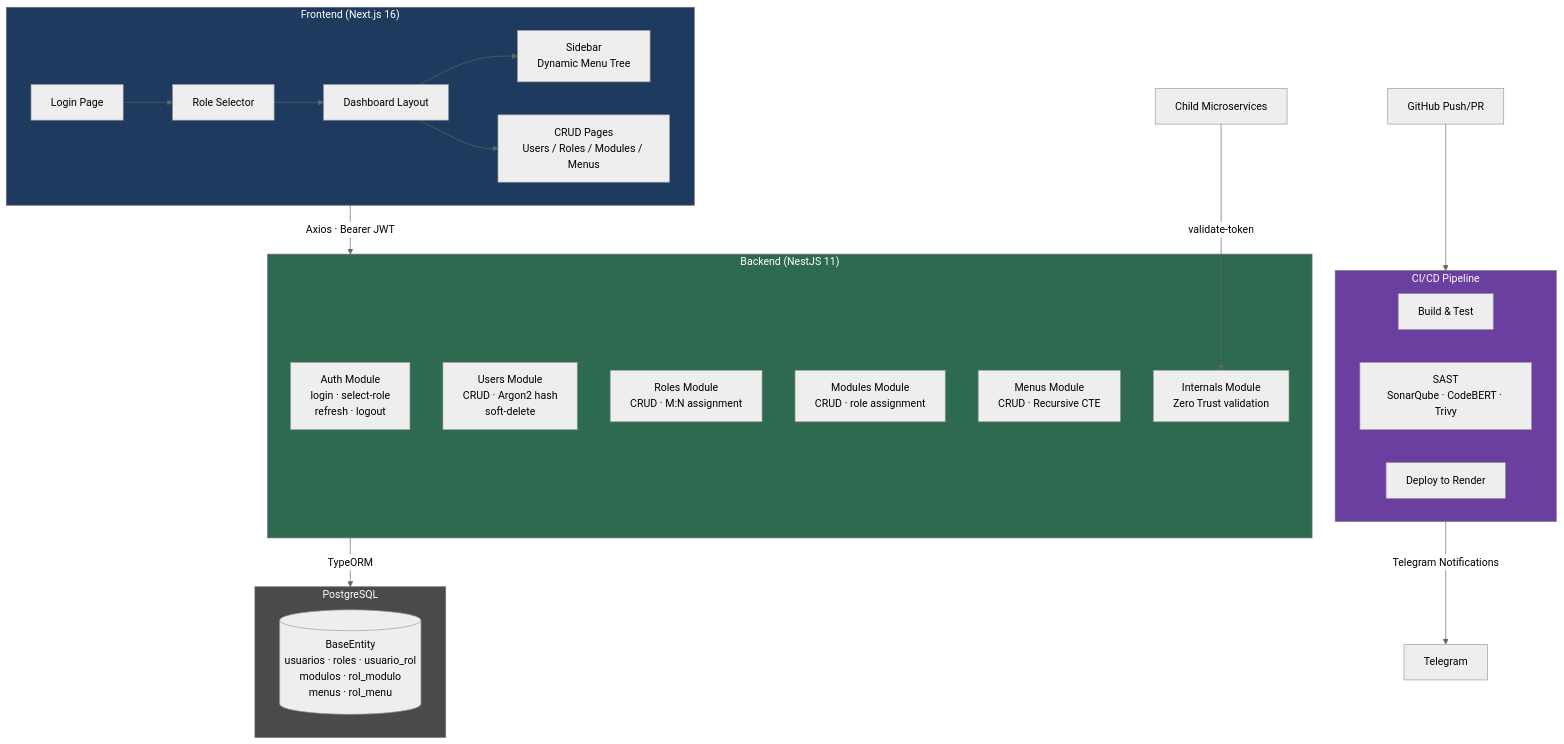
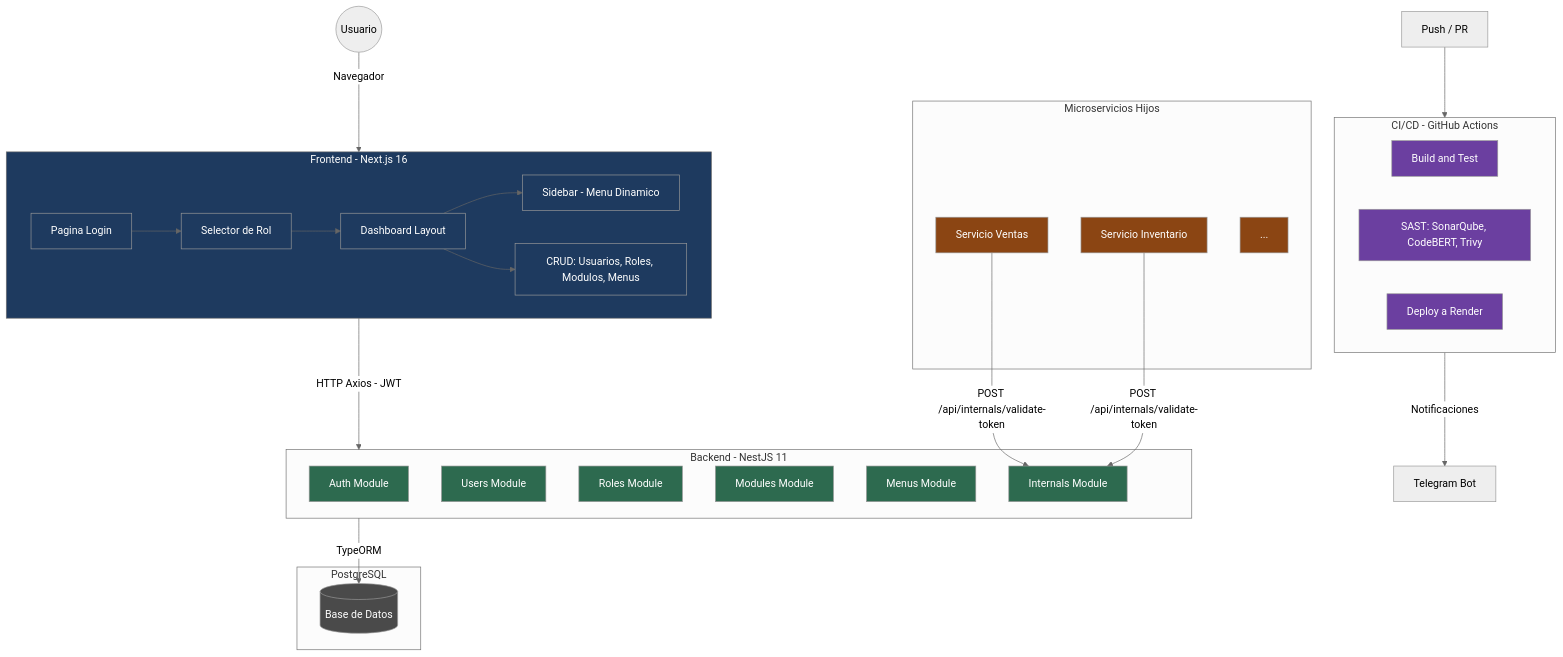
The diagram in README.md (AlexDaniel593/Master-Gateway), drawn with Mermaid (neutral theme) before and after one commit. The commit also changed other lines of this file, not shown here.

Commit message:
feat: update README with detailed architecture diagrams and CI/CD workflows

````diff
--- a/README.md
+++ b/README.md
@@ -12,45 +12,59 @@
 ```mermaid
 graph TB
-    subgraph Frontend["Frontend (Next.js 16)"]
-        Login["Login Page"]
-        RoleSelect["Role Selector"]
-        Dashboard["Dashboard Layout"]
-        Sidebar["Sidebar<br/>Dynamic Menu Tree"]
-        CRUD["CRUD Pages<br/>Users / Roles / Modules / Menus"]
+    User((Usuario))
+    User -->|Navegador| Frontend
+
+    subgraph Frontend[Frontend - Next.js 16]
+        Login[Pagina Login]
+        RoleSelect[Selector de Rol]
+        Dashboard[Dashboard Layout]
+        Sidebar[Sidebar - Menu Dinamico]
+        CRUD[CRUD: Usuarios, Roles, Modulos, Menus]
         Login --> RoleSelect --> Dashboard
         Dashboard --> Sidebar
         Dashboard --> CRUD
     end
 
-    subgraph Backend["Backend (NestJS 11)"]
-        Auth["Auth Module<br/>login · select-role<br/>refresh · logout"]
-        Users["Users Module<br/>CRUD · Argon2 hash<br/>soft-delete"]
-        Roles["Roles Module<br/>CRUD · M:N assignment"]
-        Modules["Modules Module<br/>CRUD · role assignment"]
-        Menus["Menus Module<br/>CRUD · Recursive CTE"]
-        Internals["Internals Module<br/>Zero Trust validation"]
+    subgraph Backend[Backend - NestJS 11]
+        Auth[Auth Module]
+        Users[Users Module]
+        Roles[Roles Module]
+        Modules[Modules Module]
+        Menus[Menus Module]
+        Internals[Internals Module]
     end
 
-    subgraph Database["PostgreSQL"]
-        DB[(BaseEntity<br/>usuarios · roles · usuario_rol<br/>modulos · rol_modulo<br/>menus · rol_menu)]
+    subgraph DB[PostgreSQL]
+        Database[(Base de Datos)]
     end
 
-    subgraph CI_CD["CI/CD Pipeline"]
-        direction LR
-        Build["Build & Test"]
-        SAST["SAST<br/>SonarQube · CodeBERT · Trivy"]
-        Deploy["Deploy to Render"]
+    subgraph Pipeline[CI/CD - GitHub Actions]
+        Build[Build and Test]
+        SAST[SAST: SonarQube, CodeBERT, Trivy]
+        Deploy[Deploy a Render]
     end
 
-    Frontend -->|Axios · Bearer JWT| Backend
+    subgraph Child[Microservicios Hijos]
+        Child1[Servicio Ventas]
+        Child2[Servicio Inventario]
+        ChildN[...]
+    end
+
+    Frontend -->|HTTP Axios - JWT| Backend
     Backend -->|TypeORM| Database
-    ChildMicro["Child Microservices"] -->|validate-token| Internals
+    Child1 -->|POST /api/internals/validate-token| Internals
+    Child2 -->|POST /api/internals/validate-token| Internals
+    GitHub[Push / PR] --> Pipeline
+    Pipeline -->|Notificaciones| Telegram[Telegram Bot]
 
-    GitHub["GitHub Push/PR"] --> CI_CD
-    CI_CD -->|Telegram Notifications| Telegram
-
-    style Frontend fill:#1e3a5f,color:#fff
-    style Backend fill:#2d6a4f,color:#fff
-    style Database fill:#4a4a4a,color:#fff
-    style CI_CD fill:#6b3fa0,color:#fff
+    classDef frontend fill:#1e3a5f,color:#fff
+    classDef backend fill:#2d6a4f,color:#fff
+    classDef db fill:#4a4a4a,color:#fff
+    classDef pipeline fill:#6b3fa0,color:#fff
+    classDef child fill:#8b4513,color:#fff
+    class Frontend,Login,RoleSelect,Dashboard,Sidebar,CRUD frontend
+    class Auth,Users,Roles,Modules,Menus,Internals backend
+    class Database db
+    class Build,SAST,Deploy pipeline
+    class Child1,Child2,ChildN child
 ```
````
